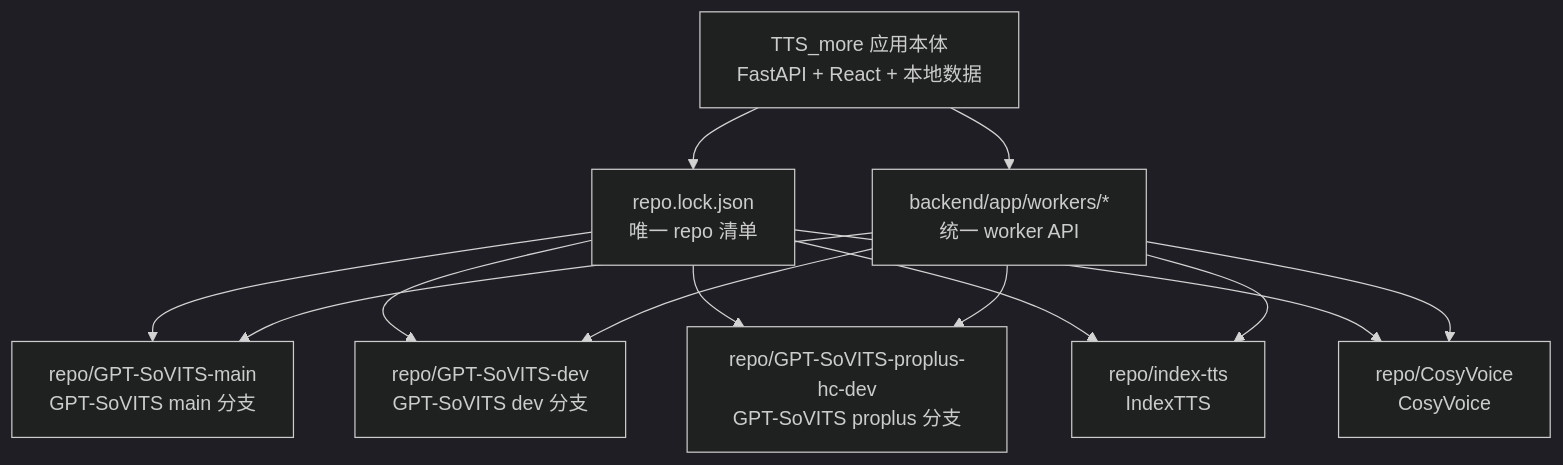
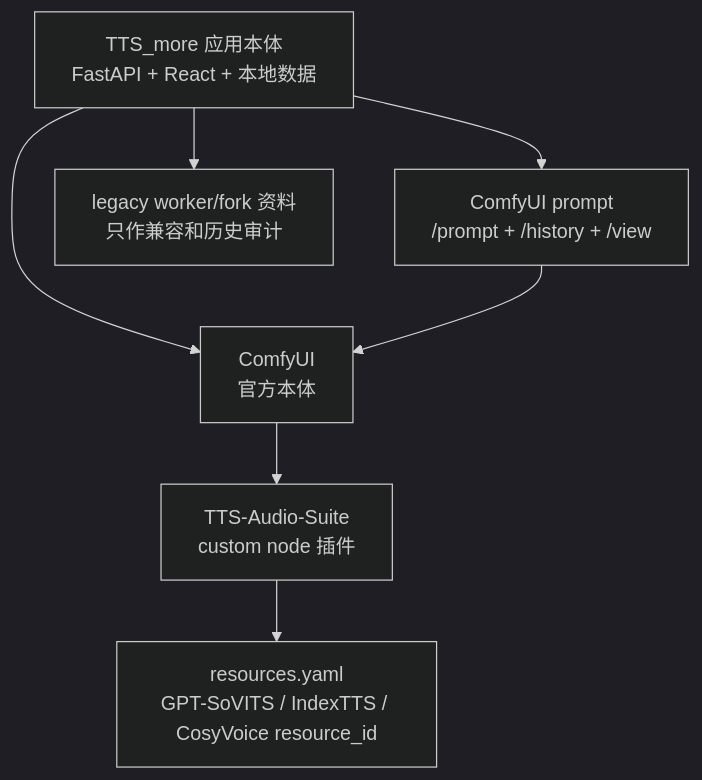
One commit to XucroYuri/TTS_more changed the diagram in docs/current-state-and-simplification-plan.md. Above: the diagram before and after it, drawn with Mermaid (dark theme). The commit also changed other lines of this file and 3 other files, not shown here.

Commit message:
docs: archive legacy WebUI fork direction

````diff
--- a/docs/current-state-and-simplification-plan.md
+++ b/docs/current-state-and-simplification-plan.md
@@ -11,16 +13,9 @@
 ```mermaid
 flowchart TD
-    App["TTS_more 应用本体<br/>FastAPI + React + 本地数据"] --> Lock["repo.lock.json<br/>唯一 repo 清单"]
-    Lock --> GptMain["repo/GPT-SoVITS-main<br/>GPT-SoVITS main 分支"]
-    Lock --> GptDev["repo/GPT-SoVITS-dev<br/>GPT-SoVITS dev 分支"]
-    Lock --> GptPro["repo/GPT-SoVITS-proplus-hc-dev<br/>GPT-SoVITS proplus 分支"]
-    Lock --> Index["repo/index-tts<br/>IndexTTS"]
-    Lock --> Cosy["repo/CosyVoice<br/>CosyVoice"]
-
-    App --> Workers["backend/app/workers/*<br/>统一 worker API"]
-    Workers --> GptMain
-    Workers --> GptDev
-    Workers --> GptPro
-    Workers --> Index
-    Workers --> Cosy
+    App["TTS_more 应用本体<br/>FastAPI + React + 本地数据"] --> Comfy["ComfyUI<br/>官方本体"]
+    Comfy --> Suite["TTS-Audio-Suite<br/>custom node 插件"]
+    Suite --> Resources["resources.yaml<br/>GPT-SoVITS / IndexTTS / CosyVoice resource_id"]
+    App --> Jobs["ComfyUI prompt<br/>/prompt + /history + /view"]
+    Jobs --> Comfy
+    App --> Legacy["legacy worker/fork 资料<br/>只作兼容和历史审计"]
 ```
````
